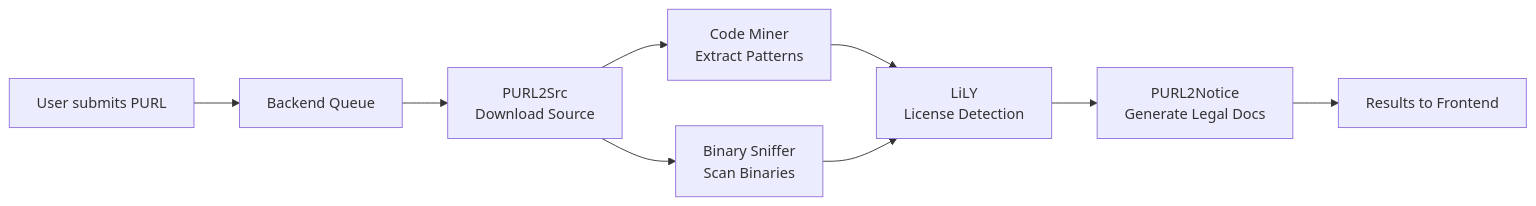
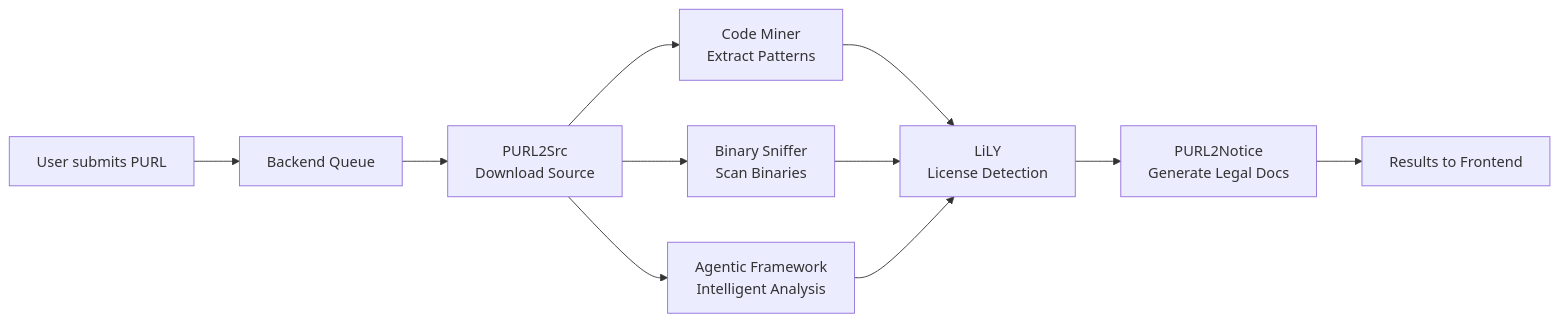
Before and after one commit to oscarvalenzuelab/codecopycatdefender.com: the diagram in README.md, drawn with Mermaid. The commit also changed other lines of this file and 2 other files, not shown here.

````diff
--- a/README.md
+++ b/README.md
@@ -23,11 +23,13 @@
 ```mermaid
 graph LR
     A[User submits PURL] --> B[Backend Queue]
     B --> C[PURL2Src<br/>Download Source]
     C --> D[Code Miner<br/>Extract Patterns]
     C --> E[Binary Sniffer<br/>Scan Binaries]
-    D --> F[LiLY<br/>License Detection]
-    E --> F
-    F --> G[PURL2Notice<br/>Generate Legal Docs]
-    G --> H[Results to Frontend]
+    C --> F[Agentic Framework<br/>Intelligent Analysis]
+    D --> G[LiLY<br/>License Detection]
+    E --> G
+    F --> G
+    G --> H[PURL2Notice<br/>Generate Legal Docs]
+    H --> I[Results to Frontend]
 ```
````
